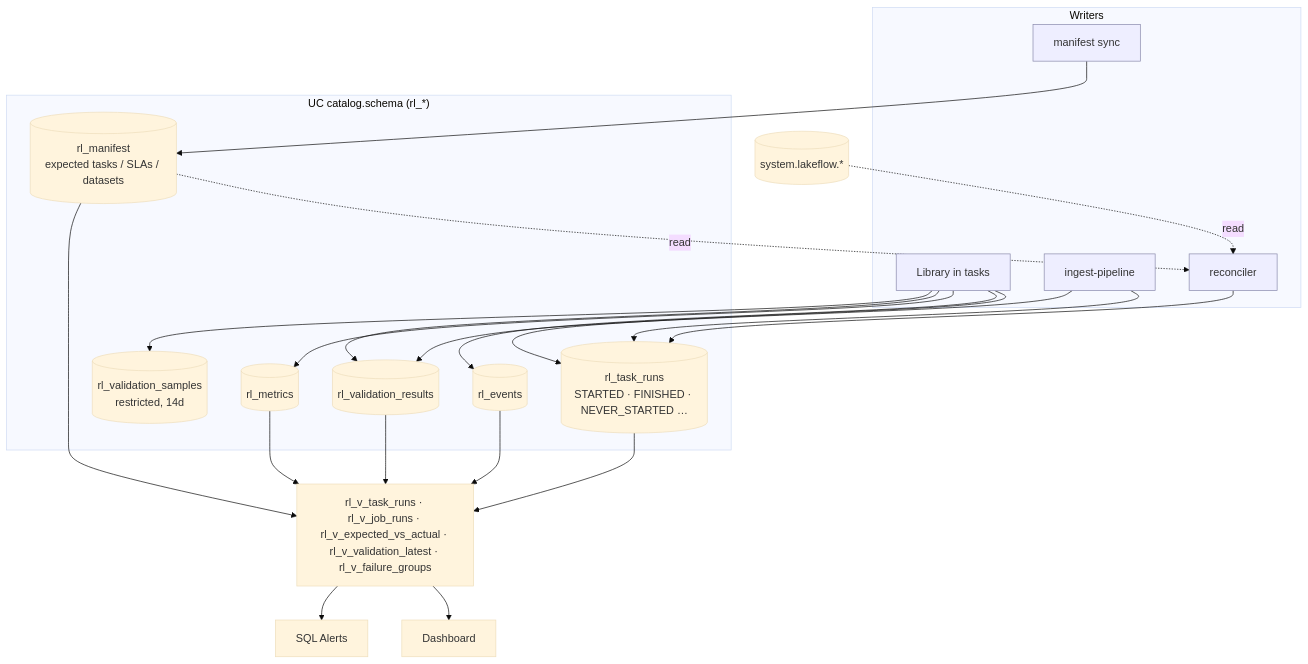
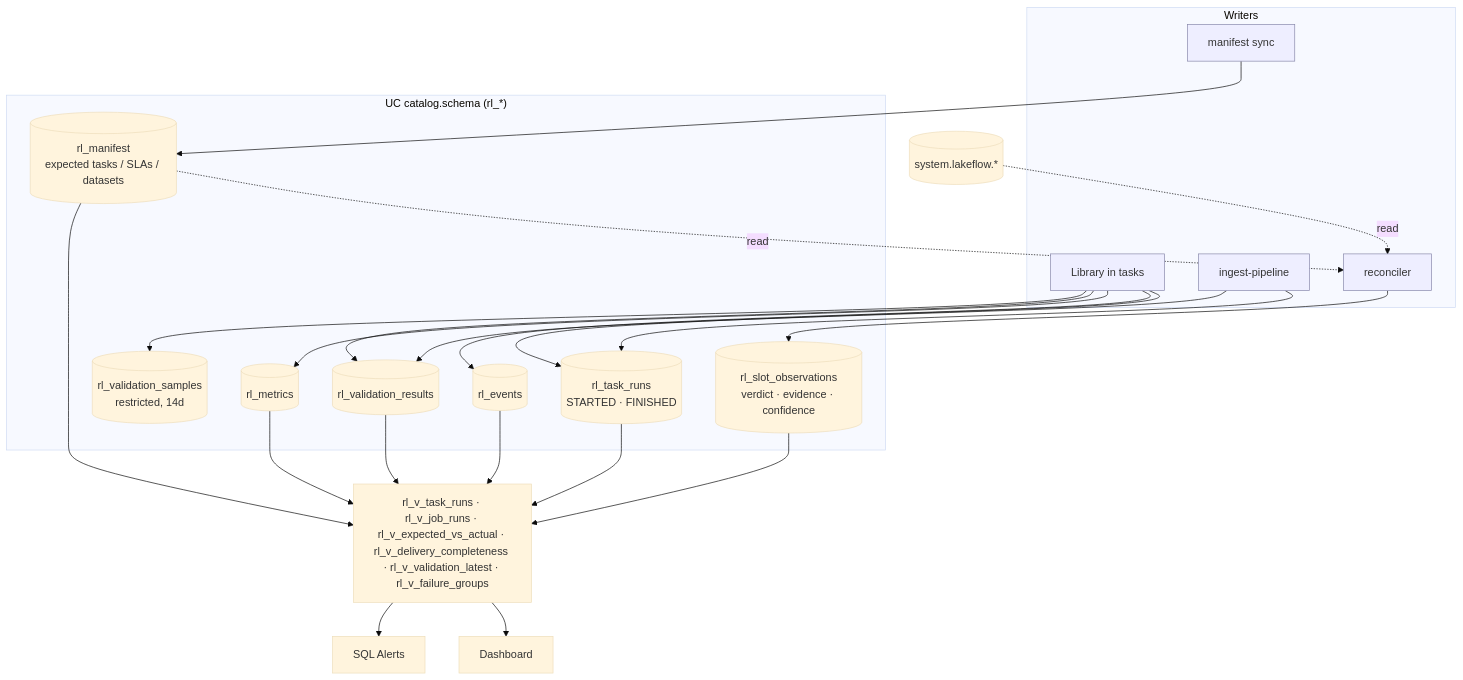
One commit to arbaizam/lakehouse_runledger changed the third of 3 diagrams in docs/design.md. Above: the diagram before and after it, drawn with Mermaid (base theme). The commit also changed other lines of this file and 2 other files, not shown here.

````diff
--- a/docs/design.md
+++ b/docs/design.md
@@ -164,26 +169,27 @@
 ```mermaid
 flowchart TB
   subgraph Writers
     LIB[Library in tasks]:::w
     ING[ingest-pipeline]:::w
     MS[manifest sync]:::w
     REC[reconciler]:::w
   end
   subgraph UC["UC catalog.schema (rl_*)"]
     MAN[(rl_manifest<br/>expected tasks / SLAs / datasets)]
-    TR[(rl_task_runs<br/>STARTED · FINISHED · NEVER_STARTED …)]
+    TR[(rl_task_runs<br/>STARTED · FINISHED)]
     EV[(rl_events)]
     ME[(rl_metrics)]
     VR[(rl_validation_results)]
     VS[(rl_validation_samples<br/>restricted, 14d)]
+    OBS[(rl_slot_observations<br/>verdict · evidence · confidence)]
   end
   LIB --> TR & EV & ME & VR & VS
   ING --> TR & VR
   MS --> MAN
-  REC --> TR
+  REC --> OBS
   SYS[(system.lakeflow.*)] -.read.-> REC
   MAN -.read.-> REC
-  TR & EV & ME & VR & MAN --> VIEWS[rl_v_task_runs · rl_v_job_runs · rl_v_expected_vs_actual · rl_v_validation_latest · rl_v_failure_groups]
+  TR & EV & ME & VR & MAN & OBS --> VIEWS[rl_v_task_runs · rl_v_job_runs · rl_v_expected_vs_actual · rl_v_delivery_completeness · rl_v_validation_latest · rl_v_failure_groups]
   VIEWS --> DASH[Dashboard] & ALERT[SQL Alerts]
   classDef w fill:#eef,stroke:#88a
 ```
````
